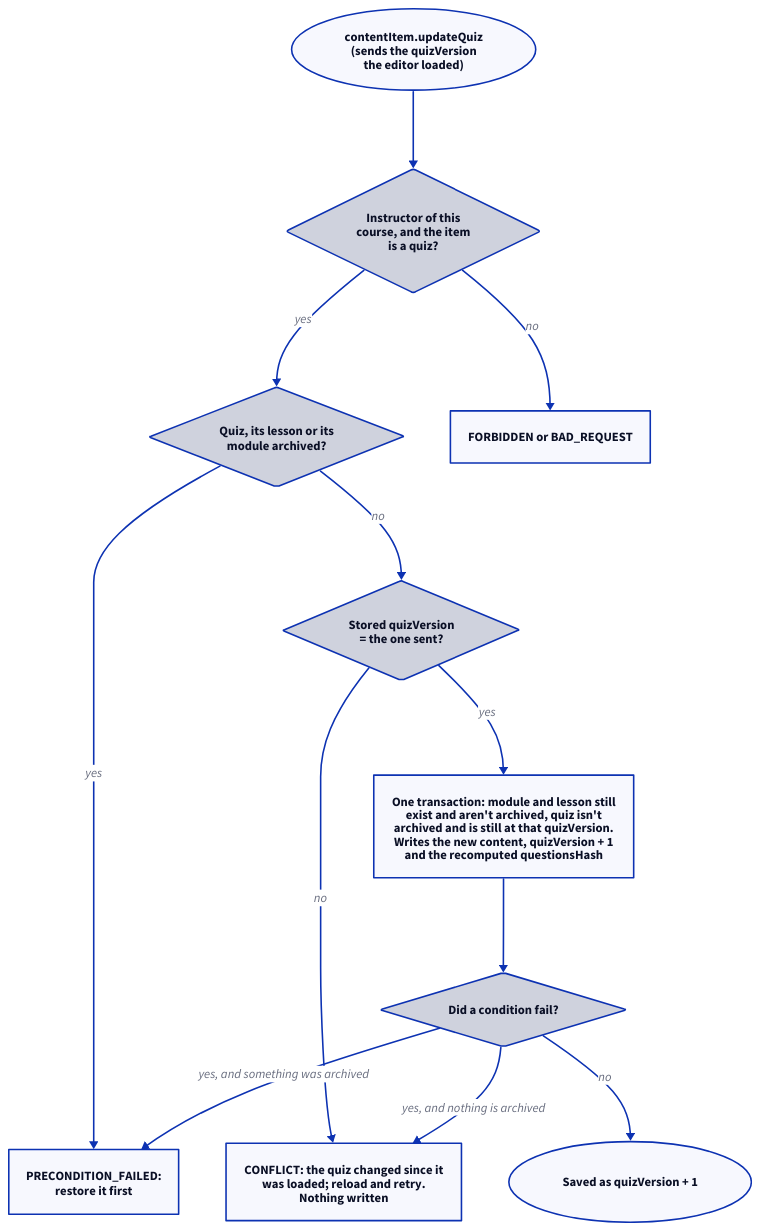
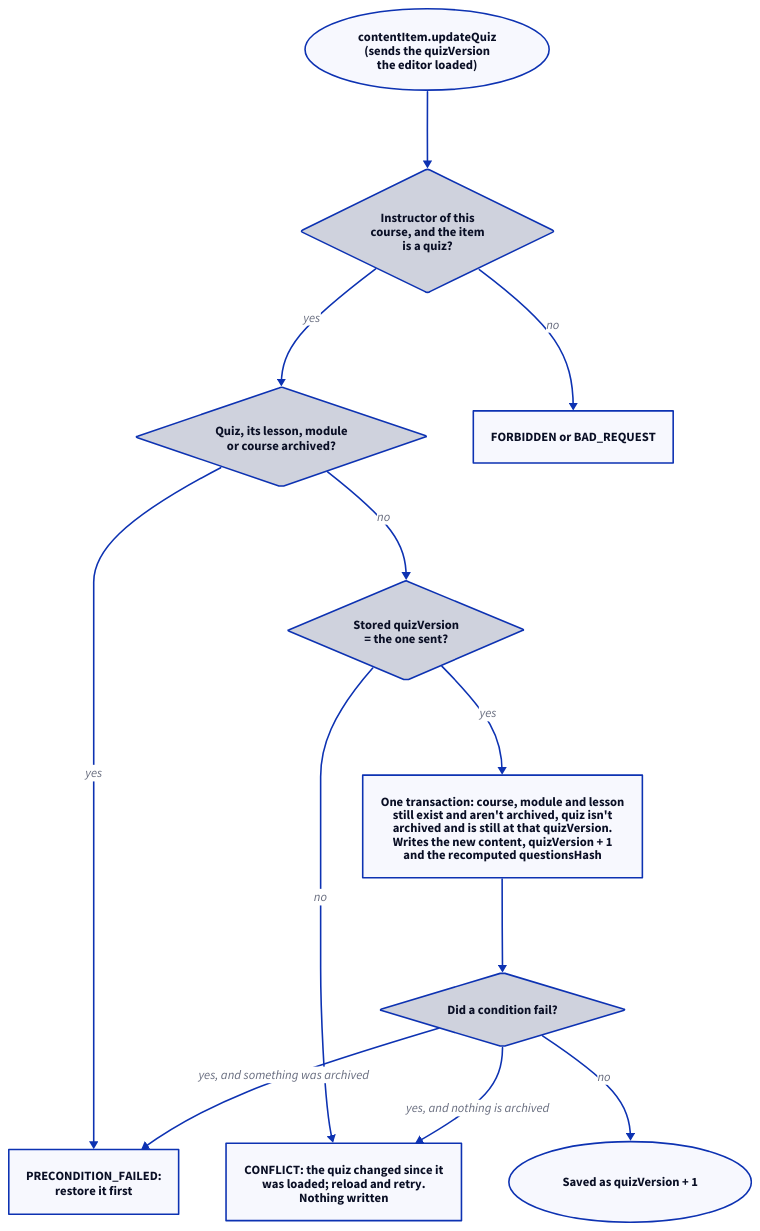
One commit to AlexTo/Wattle-LMS changed the diagram in docs/src/content/docs/en/design/quizzes.mdx. Above: the diagram before and after it, drawn with D2. The commit also changed other lines of this file and 13 other files, not shown here.

First line of the commit message:
feat(instructor-api,instructor-portal): make an archived course read-only (#160)

````diff
--- a/docs/src/content/docs/en/design/quizzes.mdx
+++ b/docs/src/content/docs/en/design/quizzes.mdx
@@ -120,27 +120,27 @@
 ```d2 title="What happens when an instructor saves a quiz: access and archive checks, the version check, then one conditional write"
 direction: down
 
 start: "contentItem.updateQuiz\n(sends the quizVersion\nthe editor loaded)" {shape: oval}
 access: "Instructor of this\ncourse, and the item\nis a quiz?" {shape: diamond}
-archived: "Quiz, its lesson or its\nmodule archived?" {shape: diamond}
+archived: "Quiz, its lesson, module\nor course archived?" {shape: diamond}
 stale: "Stored quizVersion\n= the one sent?" {shape: diamond}
-write: "One transaction: module and lesson still\nexist and aren't archived, quiz isn't\narchived and is still at that quizVersion.\nWrites the new content, quizVersion + 1\nand the recomputed questionsHash"
+write: "One transaction: course, module and lesson\nstill exist and aren't archived, quiz isn't\narchived and is still at that quizVersion.\nWrites the new content, quizVersion + 1\nand the recomputed questionsHash"
 landed: "Did a condition fail?" {shape: diamond}
 
 forbidden: "FORBIDDEN or BAD_REQUEST"
 frozen: "PRECONDITION_FAILED:\nrestore it first"
 conflict: "CONFLICT: the quiz changed since it\nwas loaded; reload and retry.\nNothing written"
 done: "Saved as quizVersion + 1" {shape: oval}
 
 start -> access
 access -> forbidden: no
 access -> archived: yes
 archived -> frozen: yes
 archived -> stale: no
 stale -> conflict: no
 stale -> write: yes
 write -> landed
 landed -> conflict: "yes, and nothing is archived"
 landed -> frozen: "yes, and something was archived"
 landed -> done: no
 ```
````
